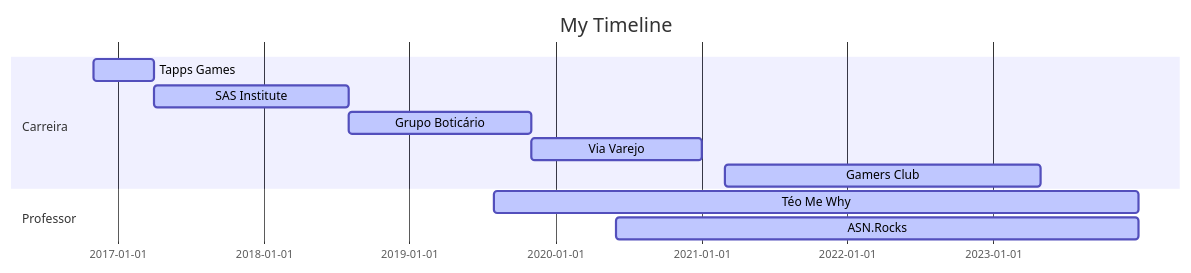
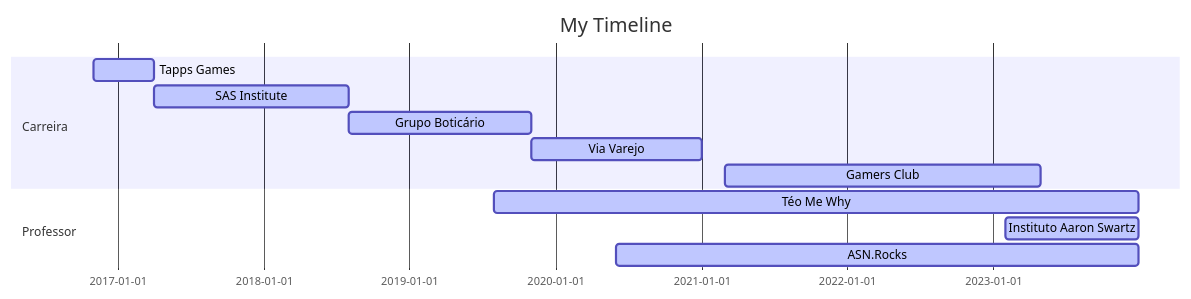
Before and after one commit to TeoCalvo/TeoCalvo: the diagram in README.md, drawn with Mermaid.

````diff
--- a/README.md
+++ b/README.md
@@ -6,17 +6,18 @@
 ```mermaid
 
 gantt
 dateFormat  YYYY-MM-DD
 title My Timeline
 
 section Carreira
 Tapps Games           :active,, 2016-11-01,2017-04-01
 SAS Institute         :active,, 2017-04-01,2018-08-01
 Grupo Boticário       :active,, 2018-08-01,2019-11-01
 Via Varejo            :active,, 2019-11-01,2021-01-01
 Gamers Club           :active,, 2021-03-01,2023-05-01
 
 section Professor
-Téo Me Why            :active,, 2019-08-01,2023-12-31
-ASN.Rocks             :active,, 2020-06-01,2023-12-31
+Téo Me Why             :active,, 2019-08-01,2023-12-31
+Instituto Aaron Swartz :active,, 2023-02-01,2023-12-31
+ASN.Rocks              :active,, 2020-06-01,2023-12-31
 ```
````
